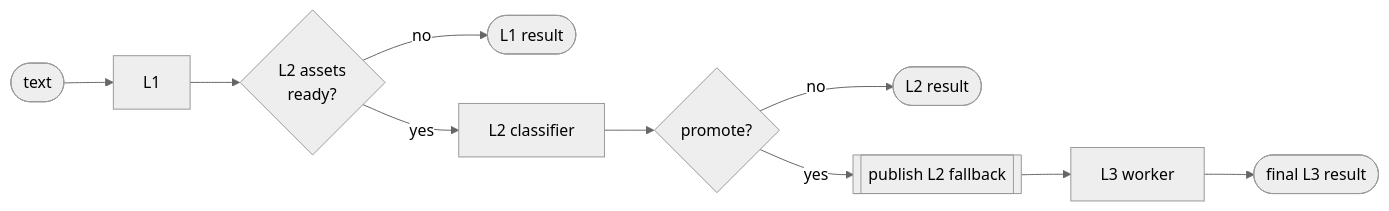
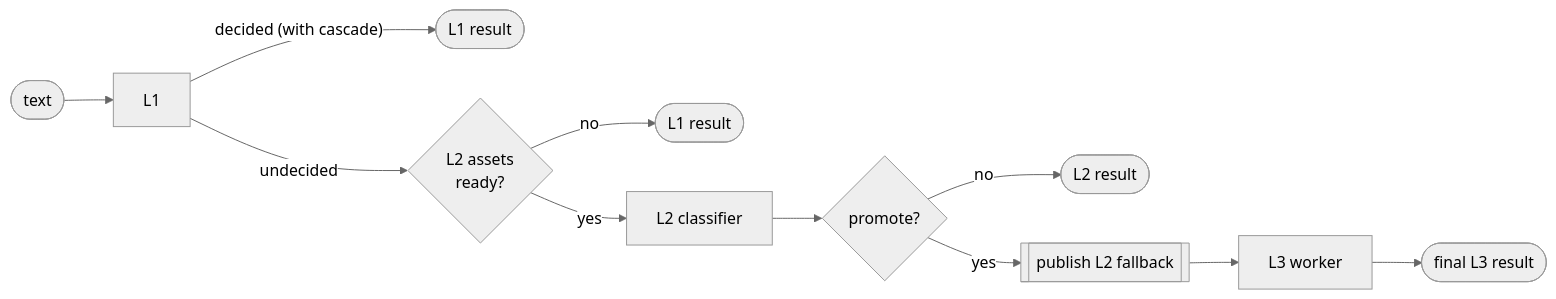
The diagram in docs/concepts/layered-scanning.md (patronus-protect/patronus-security), drawn with Mermaid (neutral theme) before and after one commit. The commit also changed other lines of this file and 114 other files, not shown here.

````diff
--- a/docs/concepts/layered-scanning.md
+++ b/docs/concepts/layered-scanning.md
@@ -51,12 +278,13 @@
 ```mermaid
 flowchart LR
     IN([text]) --> L1
-    L1 --> L2{L2 assets<br/>ready?}
+    L1 -- "decided (with cascade)" --> OUT0([L1 result])
+    L1 -- undecided --> L2{L2 assets<br/>ready?}
     L2 -- no --> OUT1([L1 result])
     L2 -- yes --> L2R[L2 classifier]
     L2R --> P{promote?}
     P -- no --> OUT2([L2 result])
     P -- yes --> FB[[publish L2 fallback]]
     FB --> W[L3 worker]
     W --> OUT3([final L3 result])
 ```
````
